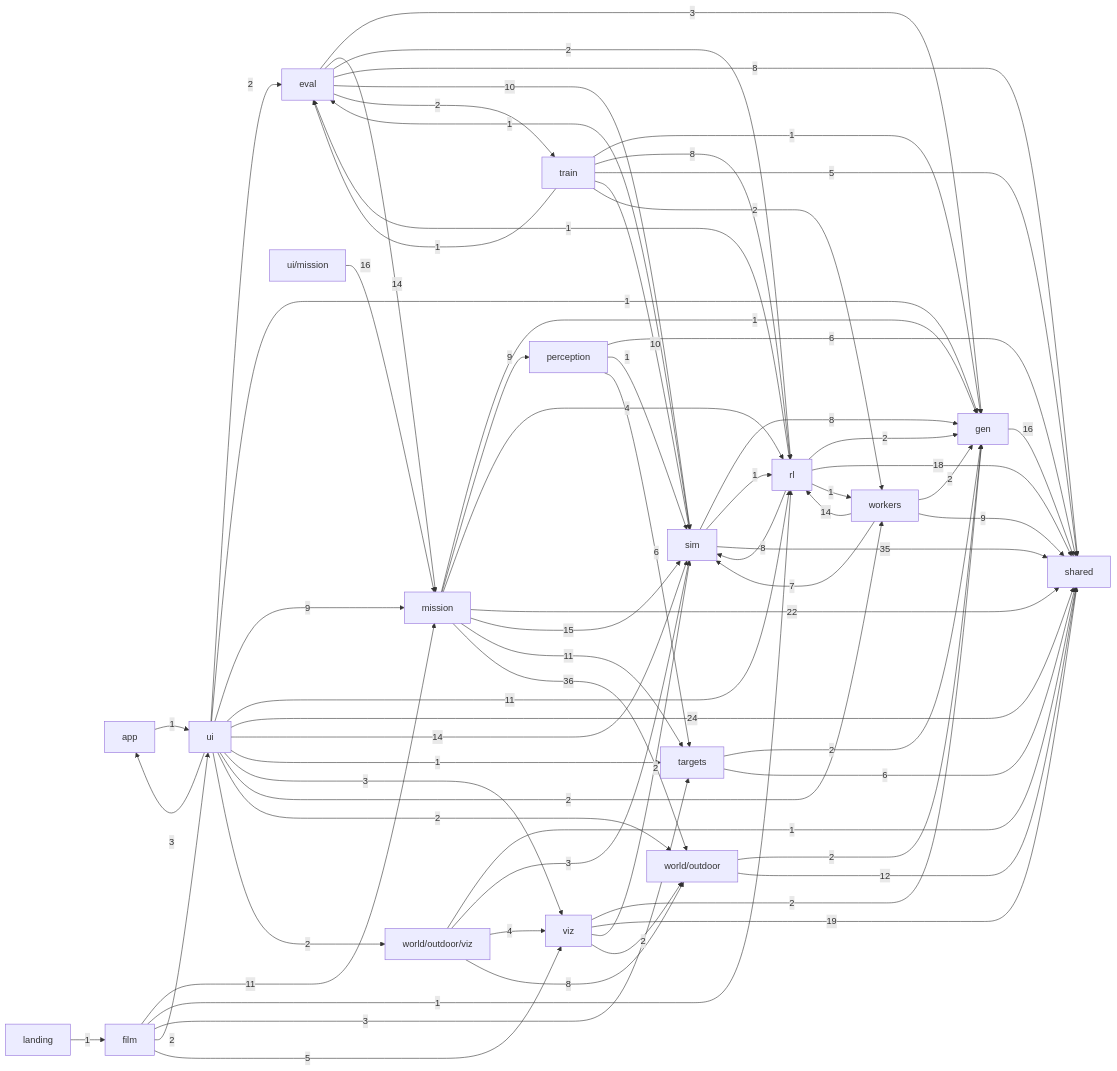
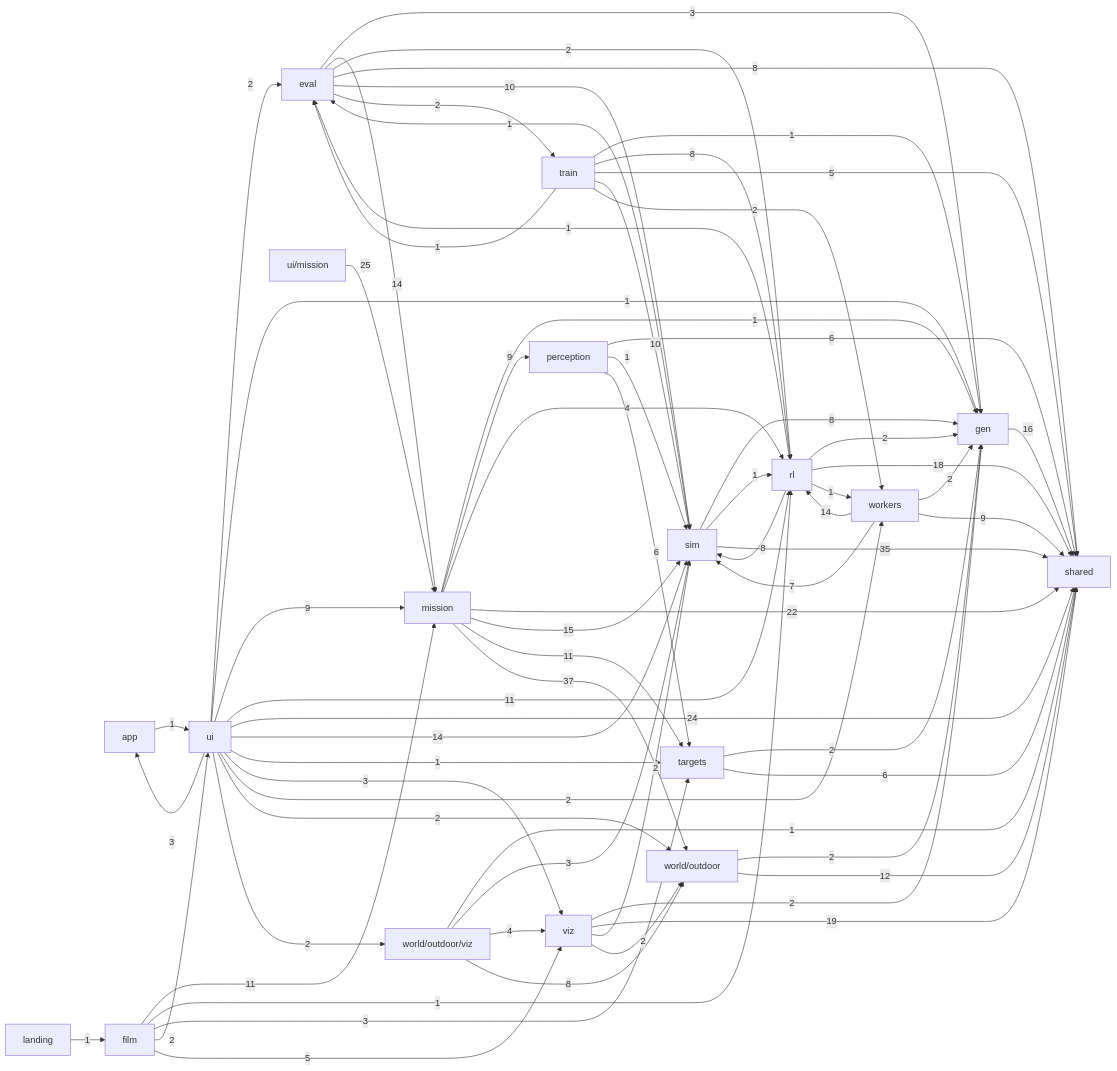
One commit to alexnieves-cs/frontier-fly changed the second of 2 diagrams in docs/ARCHITECTURE.md. Above: the diagram before and after it, drawn with Mermaid. The commit also changed other lines of this file and 24 other files, not shown here.

```diff
--- a/docs/ARCHITECTURE.md
+++ b/docs/ARCHITECTURE.md
@@ -112,7 +112,7 @@
   mission -->|22| shared
   mission -->|15| sim
   mission -->|11| targets
-  mission -->|36| world_outdoor
+  mission -->|37| world_outdoor
   perception -->|6| shared
   perception -->|1| sim
   perception -->|6| targets
@@ -133,7 +133,7 @@
   train -->|5| shared
   train -->|10| sim
   train -->|2| workers
-  ui_mission -->|16| mission
+  ui_mission -->|25| mission
   ui -->|3| app
   ui -->|2| eval
   ui -->|1| gen
```
